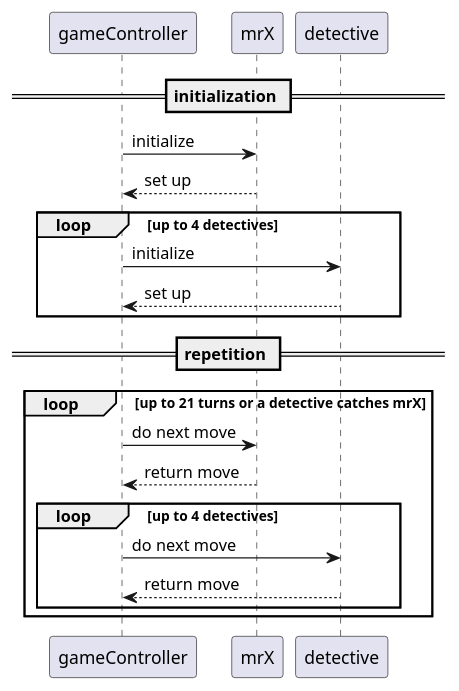
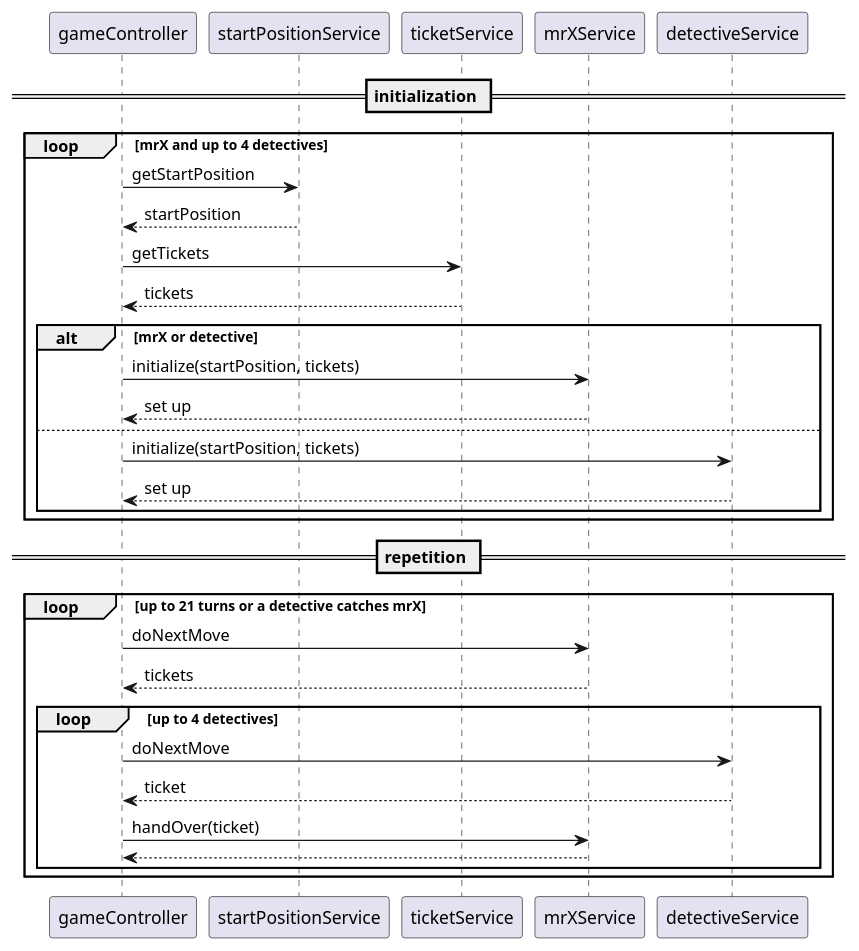
One commit to jdufner/scotland-yard changed the diagram in src/main/asciidoc/plantuml/06_1_big_picture_game_play.puml. Above: the diagram before and after it, drawn with PlantUML.

Commit message:
refined diagram

```diff
--- a/src/main/asciidoc/plantuml/06_1_big_picture_game_play.puml
+++ b/src/main/asciidoc/plantuml/06_1_big_picture_game_play.puml
@@ -1,27 +1,35 @@
 @startuml
 
 == initialization ==
 
-gameController -> mrX: initialize
-gameController <-- mrX: set up
-
-loop up to 4 detectives
-  gameController -> detective: initialize
-  gameController <-- detective: set up
+loop mrX and up to 4 detectives
+  gameController -> startPositionService: getStartPosition
+  gameController <-- startPositionService: startPosition
+  gameController -> ticketService: getTickets
+  gameController <-- ticketService: tickets
+  alt mrX or detective
+    gameController -> mrXService: initialize(startPosition, tickets)
+    gameController <-- mrXService: set up
+  else
+    gameController -> detectiveService: initialize(startPosition, tickets)
+    gameController <-- detectiveService: set up
+  end
 end
 
 == repetition ==
 
 loop up to 21 turns or a detective catches mrX
 
-  gameController -> mrX: do next move
-  gameController <-- mrX: return move
+  gameController -> mrXService: doNextMove
+  gameController <-- mrXService: tickets
 
   loop up to 4 detectives
-    gameController -> detective: do next move
-    gameController <-- detective: return move
+    gameController -> detectiveService: doNextMove
+    gameController <-- detectiveService: ticket
+    gameController -> mrXService: handOver(ticket)
+    gameController <-- mrXService
   end
 
 end
 
 @enduml
```
